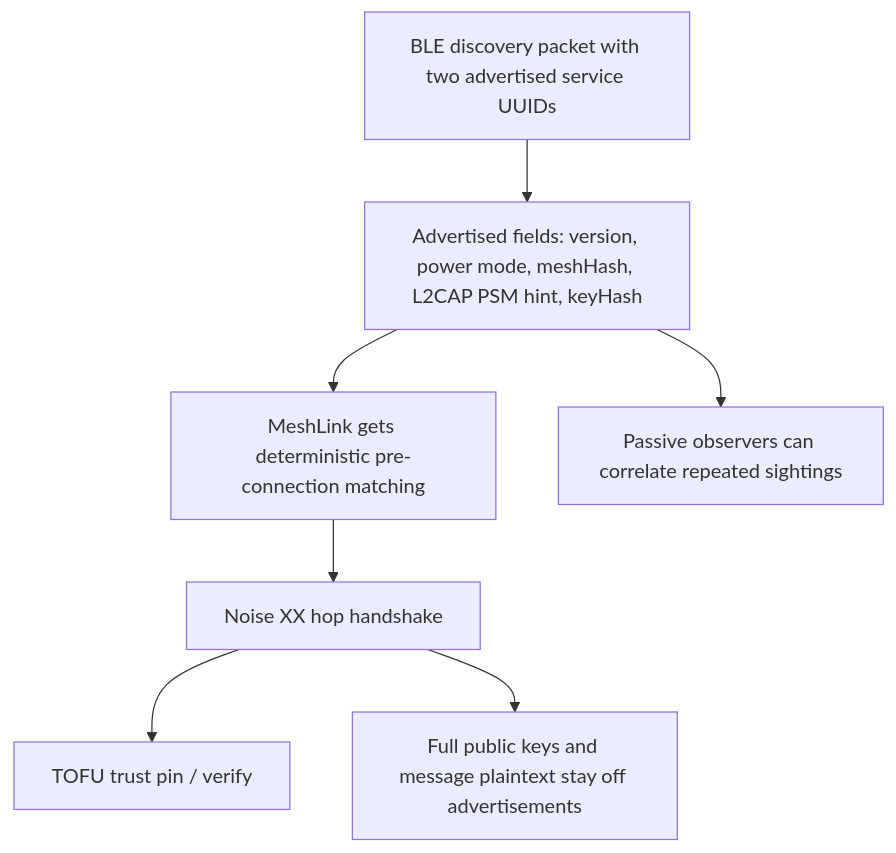
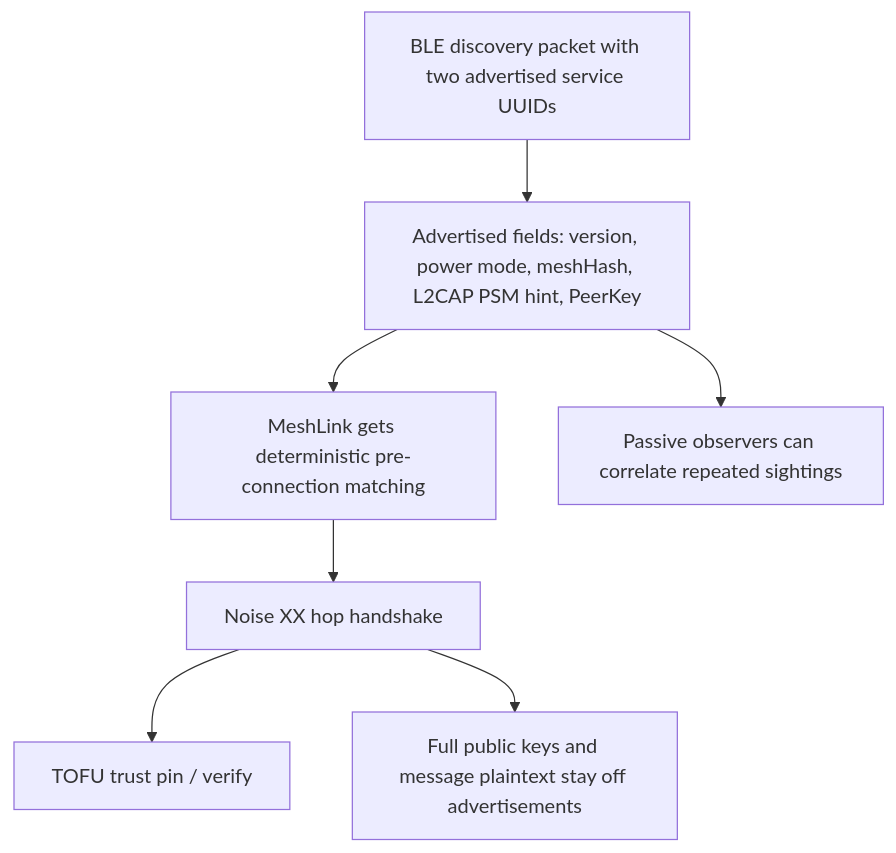
The diagram in docs/explanation/privacy-pseudonyms.md (trancee/MeshLink-template), drawn with Mermaid before and after one commit. The commit also changed other lines of this file and 17 other files, not shown here.

````diff
--- a/docs/explanation/privacy-pseudonyms.md
+++ b/docs/explanation/privacy-pseudonyms.md
@@ -27,9 +27,9 @@
 ```mermaid
 flowchart TD
-    Advertisement["BLE discovery packet with two advertised service UUIDs"] --> Fields["Advertised fields: version, power mode, meshHash, L2CAP PSM hint, keyHash"]
+    Advertisement["BLE discovery packet with two advertised service UUIDs"] --> Fields["Advertised fields: version, power mode, meshHash, L2CAP PSM hint, PeerKey"]
     Fields --> Matching["MeshLink gets deterministic pre-connection matching"]
     Fields --> Correlation["Passive observers can correlate repeated sightings"]
     Matching --> Handshake["Noise XX hop handshake"]
     Handshake --> Trust["TOFU trust pin / verify"]
     Handshake --> Protected["Full public keys and message plaintext stay off advertisements"]
 ```
````
